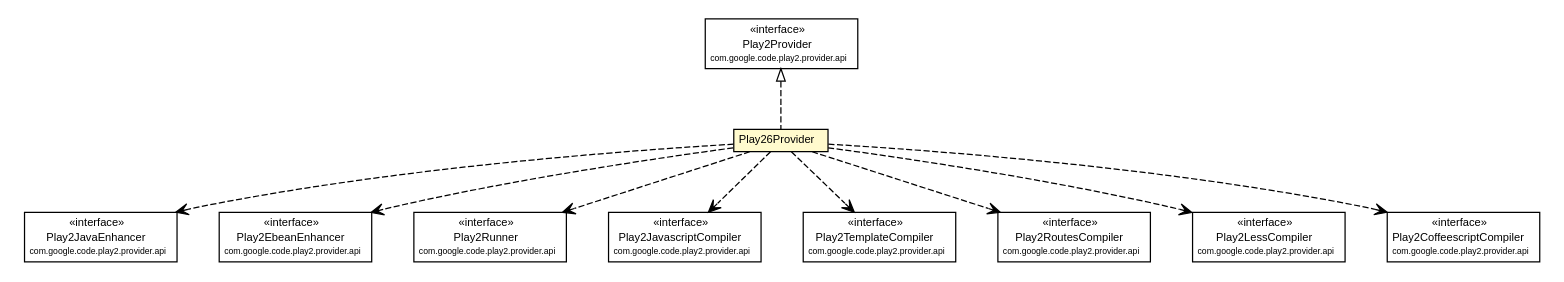
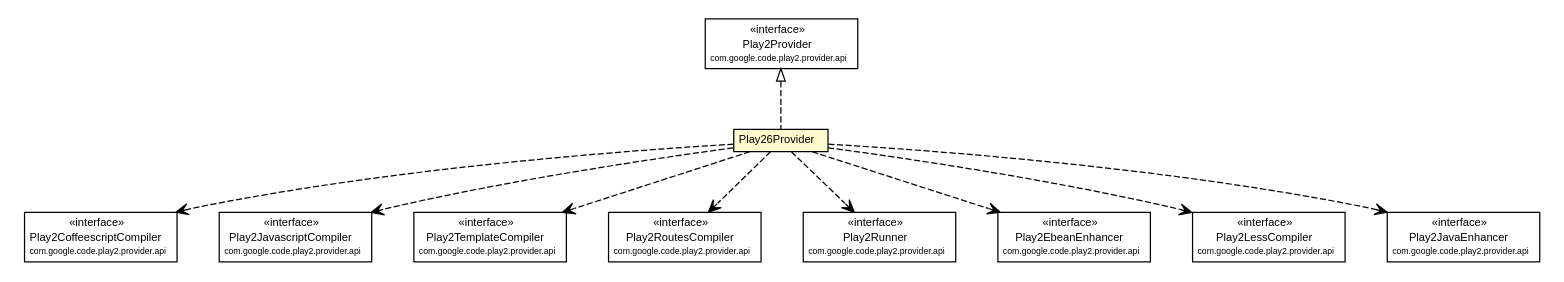
One commit to play2-maven-plugin/play2-maven-plugin.github.io changed the diagram in play2-maven-plugin/1.0.0-beta7-SNAPSHOT/play2-providers/play2-provider-play26/apidocs/com/google/code/play2/provider/play26/Play26Provider.dot. Above: the diagram before and after it, drawn with Graphviz. The commit also changed 228 other files, not shown here.

```diff
--- a/play2-maven-plugin/1.0.0-beta7-SNAPSHOT/play2-providers/play2-provider-play26/apidocs/com/google/code/play2/provider/play26/Play26Provider.dot
+++ b/play2-maven-plugin/1.0.0-beta7-SNAPSHOT/play2-providers/play2-provider-play26/apidocs/com/google/code/play2/provider/play26/Play26Provider.dot
@@ -1,108 +1,108 @@
 #!/usr/local/bin/dot
 #
 # Class diagram 
 # Generated by UMLGraph version R5_6-24-gf6e263 (http://www.umlgraph.org/)
 #
 
 digraph G {
 	edge [fontname="arial",fontsize=10,labelfontname="arial",labelfontsize=10];
 	node [fontname="arial",fontsize=10,shape=plaintext];
 	nodesep=0.25;
 	ranksep=0.5;
 	// com.google.code.play2.provider.play26.Play26Provider
 	c401 [label=<<table title="com.google.code.play2.provider.play26.Play26Provider" border="0" cellborder="1" cellspacing="0" cellpadding="2" port="p" bgcolor="lemonChiffon" href="./Play26Provider.html">
 		<tr><td><table border="0" cellspacing="0" cellpadding="1">
 <tr><td align="center" balign="center"> Play26Provider </td></tr>
 		</table></td></tr>
 		</table>>, URL="./Play26Provider.html", fontname="arial", fontcolor="black", fontsize=9.0];
 	//com.google.code.play2.provider.play26.Play26Provider implements com.google.code.play2.provider.api.Play2Provider
 	c419:p -> c401:p [dir=back,arrowtail=empty,style=dashed];
-	// com.google.code.play2.provider.play26.Play26Provider DEPEND com.google.code.play2.provider.api.Play2JavaEnhancer
+	// com.google.code.play2.provider.play26.Play26Provider DEPEND com.google.code.play2.provider.api.Play2CoffeescriptCompiler
 	c401:p -> c420:p [taillabel="", label="", headlabel="", fontname="arial", fontcolor="black", fontsize=10.0, color="black", arrowhead=open, style=dashed];
+	// com.google.code.play2.provider.play26.Play26Provider DEPEND com.google.code.play2.provider.api.Play2JavascriptCompiler
+	c401:p -> c421:p [taillabel="", label="", headlabel="", fontname="arial", fontcolor="black", fontsize=10.0, color="black", arrowhead=open, style=dashed];
+	// com.google.code.play2.provider.play26.Play26Provider DEPEND com.google.code.play2.provider.api.Play2TemplateCompiler
+	c401:p -> c422:p [taillabel="", label="", headlabel="", fontname="arial", fontcolor="black", fontsize=10.0, color="black", arrowhead=open, style=dashed];
+	// com.google.code.play2.provider.play26.Play26Provider DEPEND com.google.code.play2.provider.api.Play2RoutesCompiler
+	c401:p -> c423:p [taillabel="", label="", headlabel="", fontname="arial", fontcolor="black", fontsize=10.0, color="black", arrowhead=open, style=dashed];
+	// com.google.code.play2.provider.play26.Play26Provider DEPEND com.google.code.play2.provider.api.Play2Runner
+	c401:p -> c424:p [taillabel="", label="", headlabel="", fontname="arial", fontcolor="black", fontsize=10.0, color="black", arrowhead=open, style=dashed];
 	// com.google.code.play2.provider.play26.Play26Provider DEPEND com.google.code.play2.provider.api.Play2EbeanEnhancer
-	c401:p -> c421:p [taillabel="", label="", headlabel="", fontname="arial", fontcolor="black", fontsize=10.0, color="black", arrowhead=open, style=dashed];
-	// com.google.code.play2.provider.play26.Play26Provider DEPEND com.google.code.play2.provider.api.Play2Runner
-	c401:p -> c422:p [taillabel="", label="", headlabel="", fontname="arial", fontcolor="black", fontsize=10.0, color="black", arrowhead=open, style=dashed];
-	// com.google.code.play2.provider.play26.Play26Provider DEPEND com.google.code.play2.provider.api.Play2JavascriptCompiler
-	c401:p -> c423:p [taillabel="", label="", headlabel="", fontname="arial", fontcolor="black", fontsize=10.0, color="black", arrowhead=open, style=dashed];
-	// com.google.code.play2.provider.play26.Play26Provider DEPEND com.google.code.play2.provider.api.Play2TemplateCompiler
-	c401:p -> c424:p [taillabel="", label="", headlabel="", fontname="arial", fontcolor="black", fontsize=10.0, color="black", arrowhead=open, style=dashed];
-	// com.google.code.play2.provider.play26.Play26Provider DEPEND com.google.code.play2.provider.api.Play2RoutesCompiler
 	c401:p -> c425:p [taillabel="", label="", headlabel="", fontname="arial", fontcolor="black", fontsize=10.0, color="black", arrowhead=open, style=dashed];
 	// com.google.code.play2.provider.play26.Play26Provider DEPEND com.google.code.play2.provider.api.Play2LessCompiler
 	c401:p -> c426:p [taillabel="", label="", headlabel="", fontname="arial", fontcolor="black", fontsize=10.0, color="black", arrowhead=open, style=dashed];
-	// com.google.code.play2.provider.play26.Play26Provider DEPEND com.google.code.play2.provider.api.Play2CoffeescriptCompiler
+	// com.google.code.play2.provider.play26.Play26Provider DEPEND com.google.code.play2.provider.api.Play2JavaEnhancer
 	c401:p -> c427:p [taillabel="", label="", headlabel="", fontname="arial", fontcolor="black", fontsize=10.0, color="black", arrowhead=open, style=dashed];
 	// com.google.code.play2.provider.api.Play2Provider
 	c419 [label=<<table title="com.google.code.play2.provider.api.Play2Provider" border="0" cellborder="1" cellspacing="0" cellpadding="2" port="p">
 		<tr><td><table border="0" cellspacing="0" cellpadding="1">
 <tr><td align="center" balign="center"> &#171;interface&#187; </td></tr>
 <tr><td align="center" balign="center"> Play2Provider </td></tr>
 <tr><td align="center" balign="center"><font point-size="7.0"> com.google.code.play2.provider.api </font></td></tr>
 		</table></td></tr>
 		</table>>, URL="null", fontname="arial", fontcolor="black", fontsize=9.0];
 	// com.google.code.play2.provider.api.Play2RoutesCompiler
-	c425 [label=<<table title="com.google.code.play2.provider.api.Play2RoutesCompiler" border="0" cellborder="1" cellspacing="0" cellpadding="2" port="p">
+	c423 [label=<<table title="com.google.code.play2.provider.api.Play2RoutesCompiler" border="0" cellborder="1" cellspacing="0" cellpadding="2" port="p">
 		<tr><td><table border="0" cellspacing="0" cellpadding="1">
 <tr><td align="center" balign="center"> &#171;interface&#187; </td></tr>
 <tr><td align="center" balign="center"> Play2RoutesCompiler </td></tr>
 <tr><td align="center" balign="center"><font point-size="7.0"> com.google.code.play2.provider.api </font></td></tr>
 		</table></td></tr>
 		</table>>, URL="null", fontname="arial", fontcolor="black", fontsize=9.0];
 	// com.google.code.play2.provider.api.Play2LessCompiler
 	c426 [label=<<table title="com.google.code.play2.provider.api.Play2LessCompiler" border="0" cellborder="1" cellspacing="0" cellpadding="2" port="p">
 		<tr><td><table border="0" cellspacing="0" cellpadding="1">
 <tr><td align="center" balign="center"> &#171;interface&#187; </td></tr>
 <tr><td align="center" balign="center"> Play2LessCompiler </td></tr>
 <tr><td align="center" balign="center"><font point-size="7.0"> com.google.code.play2.provider.api </font></td></tr>
 		</table></td></tr>
 		</table>>, URL="null", fontname="arial", fontcolor="black", fontsize=9.0];
 	// com.google.code.play2.provider.api.Play2CoffeescriptCompiler
-	c427 [label=<<table title="com.google.code.play2.provider.api.Play2CoffeescriptCompiler" border="0" cellborder="1" cellspacing="0" cellpadding="2" port="p">
+	c420 [label=<<table title="com.google.code.play2.provider.api.Play2CoffeescriptCompiler" border="0" cellborder="1" cellspacing="0" cellpadding="2" port="p">
 		<tr><td><table border="0" cellspacing="0" cellpadding="1">
 <tr><td align="center" balign="center"> &#171;interface&#187; </td></tr>
 <tr><td align="center" balign="center"> Play2CoffeescriptCompiler </td></tr>
 <tr><td align="center" balign="center"><font point-size="7.0"> com.google.code.play2.provider.api </font></td></tr>
 		</table></td></tr>
 		</table>>, URL="null", fontname="arial", fontcolor="black", fontsize=9.0];
 	// com.google.code.play2.provider.api.Play2JavaEnhancer
-	c420 [label=<<table title="com.google.code.play2.provider.api.Play2JavaEnhancer" border="0" cellborder="1" cellspacing="0" cellpadding="2" port="p">
+	c427 [label=<<table title="com.google.code.play2.provider.api.Play2JavaEnhancer" border="0" cellborder="1" cellspacing="0" cellpadding="2" port="p">
 		<tr><td><table border="0" cellspacing="0" cellpadding="1">
 <tr><td align="center" balign="center"> &#171;interface&#187; </td></tr>
 <tr><td align="center" balign="center"> Play2JavaEnhancer </td></tr>
 <tr><td align="center" balign="center"><font point-size="7.0"> com.google.code.play2.provider.api </font></td></tr>
 		</table></td></tr>
 		</table>>, URL="null", fontname="arial", fontcolor="black", fontsize=9.0];
 	// com.google.code.play2.provider.api.Play2TemplateCompiler
-	c424 [label=<<table title="com.google.code.play2.provider.api.Play2TemplateCompiler" border="0" cellborder="1" cellspacing="0" cellpadding="2" port="p">
+	c422 [label=<<table title="com.google.code.play2.provider.api.Play2TemplateCompiler" border="0" cellborder="1" cellspacing="0" cellpadding="2" port="p">
 		<tr><td><table border="0" cellspacing="0" cellpadding="1">
 <tr><td align="center" balign="center"> &#171;interface&#187; </td></tr>
 <tr><td align="center" balign="center"> Play2TemplateCompiler </td></tr>
 <tr><td align="center" balign="center"><font point-size="7.0"> com.google.code.play2.provider.api </font></td></tr>
 		</table></td></tr>
 		</table>>, URL="null", fontname="arial", fontcolor="black", fontsize=9.0];
 	// com.google.code.play2.provider.api.Play2EbeanEnhancer
-	c421 [label=<<table title="com.google.code.play2.provider.api.Play2EbeanEnhancer" border="0" cellborder="1" cellspacing="0" cellpadding="2" port="p">
+	c425 [label=<<table title="com.google.code.play2.provider.api.Play2EbeanEnhancer" border="0" cellborder="1" cellspacing="0" cellpadding="2" port="p">
 		<tr><td><table border="0" cellspacing="0" cellpadding="1">
 <tr><td align="center" balign="center"> &#171;interface&#187; </td></tr>
 <tr><td align="center" balign="center"> Play2EbeanEnhancer </td></tr>
 <tr><td align="center" balign="center"><font point-size="7.0"> com.google.code.play2.provider.api </font></td></tr>
 		</table></td></tr>
 		</table>>, URL="null", fontname="arial", fontcolor="black", fontsize=9.0];
 	// com.google.code.play2.provider.api.Play2JavascriptCompiler
-	c423 [label=<<table title="com.google.code.play2.provider.api.Play2JavascriptCompiler" border="0" cellborder="1" cellspacing="0" cellpadding="2" port="p">
+	c421 [label=<<table title="com.google.code.play2.provider.api.Play2JavascriptCompiler" border="0" cellborder="1" cellspacing="0" cellpadding="2" port="p">
 		<tr><td><table border="0" cellspacing="0" cellpadding="1">
 <tr><td align="center" balign="center"> &#171;interface&#187; </td></tr>
 <tr><td align="center" balign="center"> Play2JavascriptCompiler </td></tr>
 <tr><td align="center" balign="center"><font point-size="7.0"> com.google.code.play2.provider.api </font></td></tr>
 		</table></td></tr>
 		</table>>, URL="null", fontname="arial", fontcolor="black", fontsize=9.0];
 	// com.google.code.play2.provider.api.Play2Runner
-	c422 [label=<<table title="com.google.code.play2.provider.api.Play2Runner" border="0" cellborder="1" cellspacing="0" cellpadding="2" port="p">
+	c424 [label=<<table title="com.google.code.play2.provider.api.Play2Runner" border="0" cellborder="1" cellspacing="0" cellpadding="2" port="p">
 		<tr><td><table border="0" cellspacing="0" cellpadding="1">
 <tr><td align="center" balign="center"> &#171;interface&#187; </td></tr>
 <tr><td align="center" balign="center"> Play2Runner </td></tr>
 <tr><td align="center" balign="center"><font point-size="7.0"> com.google.code.play2.provider.api </font></td></tr>
 		</table></td></tr>
 		</table>>, URL="null", fontname="arial", fontcolor="black", fontsize=9.0];
 }
```
